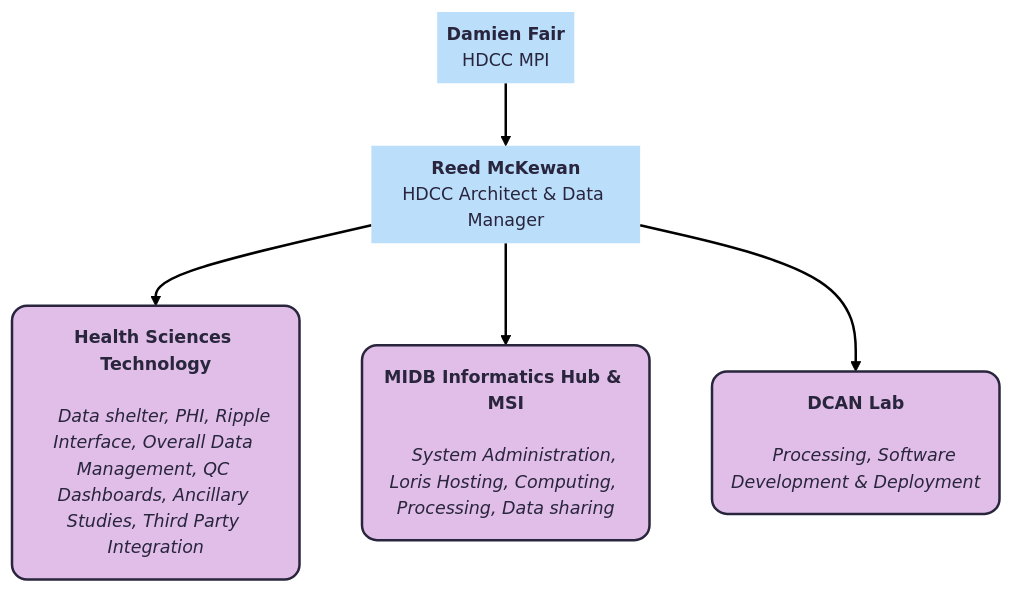
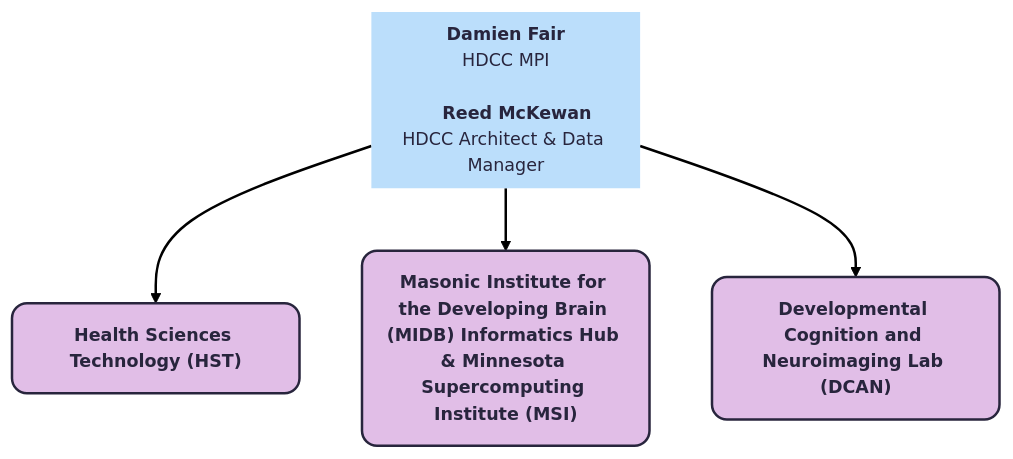
The fourth of 10 diagrams in docs/orgcharts.md (DCAN-Labs/hbcd-docs-internal), drawn with Mermaid before and after one commit. The commit also changed other lines of this file, not shown here.

Commit message:
UMN overview

````diff
--- a/docs/orgcharts.md
+++ b/docs/orgcharts.md
@@ -379,26 +382,22 @@
 ```mermaid
 ---
 config:
   theme: redux
   layout: dagre
 ---
 flowchart TB
-    A["<b>Damien Fair</b><br>HDCC MPI"] --> A1["<b>Reed McKewan</b><br>HDCC Architect &amp; Data Manager"]
-    A1 --> HST["<b>Health Sciences Technology</b><br>
-    <i>Data shelter, PHI, Ripple Interface, Overall Data Management, QC Dashboards, Ancillary Studies, Third Party Integration</i>"] & MIDB["<b>MIDB Informatics Hub &amp; MSI</b><br>
-    <i>System Administration, Loris Hosting, Computing, Processing, Data sharing</i>"] & DCAN["<b>DCAN Lab</b><br>
-    <i>Processing, Software Development &amp; Deployment</i>"]
-    A@{ shape: text}
+    A1["<b>Damien Fair</b><br>HDCC MPI<br>
+    <b>Reed McKewan</b><br>HDCC Architect &amp; Data Manager"] --> HST["<b>Health Sciences Technology (HST)</b><br>"]
+    A1 --> MIDB["<b>Masonic Institute for the Developing Brain (MIDB) Informatics Hub & Minnesota Supercomputing Institute (MSI)</b><br>"] & DCAN["<b>Developmental Cognition and Neuroimaging Lab (DCAN)</b>"]
     A1@{ shape: text}
     HST@{ shape: rounded}
     MIDB@{ shape: rounded}
     DCAN@{ shape: rounded}
-    style A fill:#BBDEFB
     style A1 fill:#BBDEFB
     style HST fill:#E1BEE7
     style MIDB fill:#E1BEE7
     style DCAN fill:#E1BEE7
     click HST "#health-sciences-technology-hst"
     click MIDB "#masonic-institute-for-the-developing-brain-midb-informatics-hub"
     click DCAN "#dcan-lab"
 ```
````
